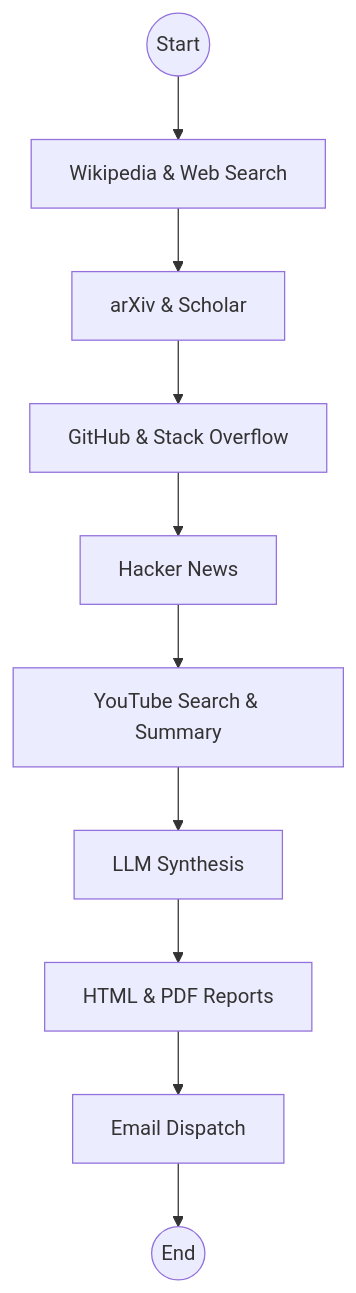
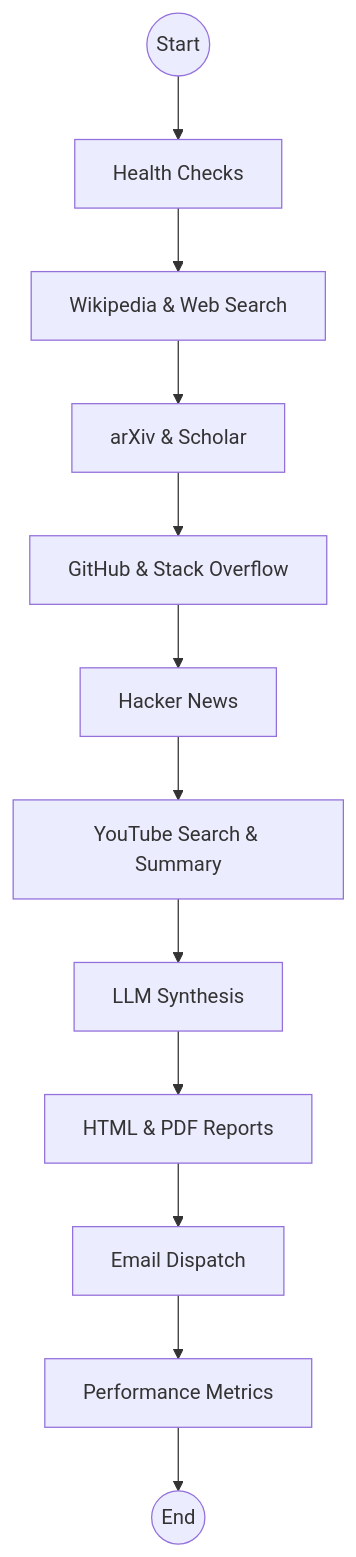
One commit to RobertoDeLaCamara/Research-Agent changed the diagram in README.md. Above: the diagram before and after it, drawn with Mermaid. The commit also changed other lines of this file and 22 other files, not shown here.

````diff
--- a/README.md
+++ b/README.md
@@ -22,12 +27,14 @@
 ```mermaid
 graph TD
-    Start((Start)) --> Wiki[Wikipedia & Web Search]
+    Start((Start)) --> Health[Health Checks]
+    Health --> Wiki[Wikipedia & Web Search]
     Wiki --> Academic[arXiv & Scholar]
     Academic --> Code[GitHub & Stack Overflow]
     Code --> Community[Hacker News]
     Community --> Video[YouTube Search & Summary]
     Video --> Synthesis[LLM Synthesis]
     Synthesis --> Reports[HTML & PDF Reports]
     Reports --> Email[Email Dispatch]
-    Email --> End((End))
+    Email --> Metrics[Performance Metrics]
+    Metrics --> End((End))
 ```
````
